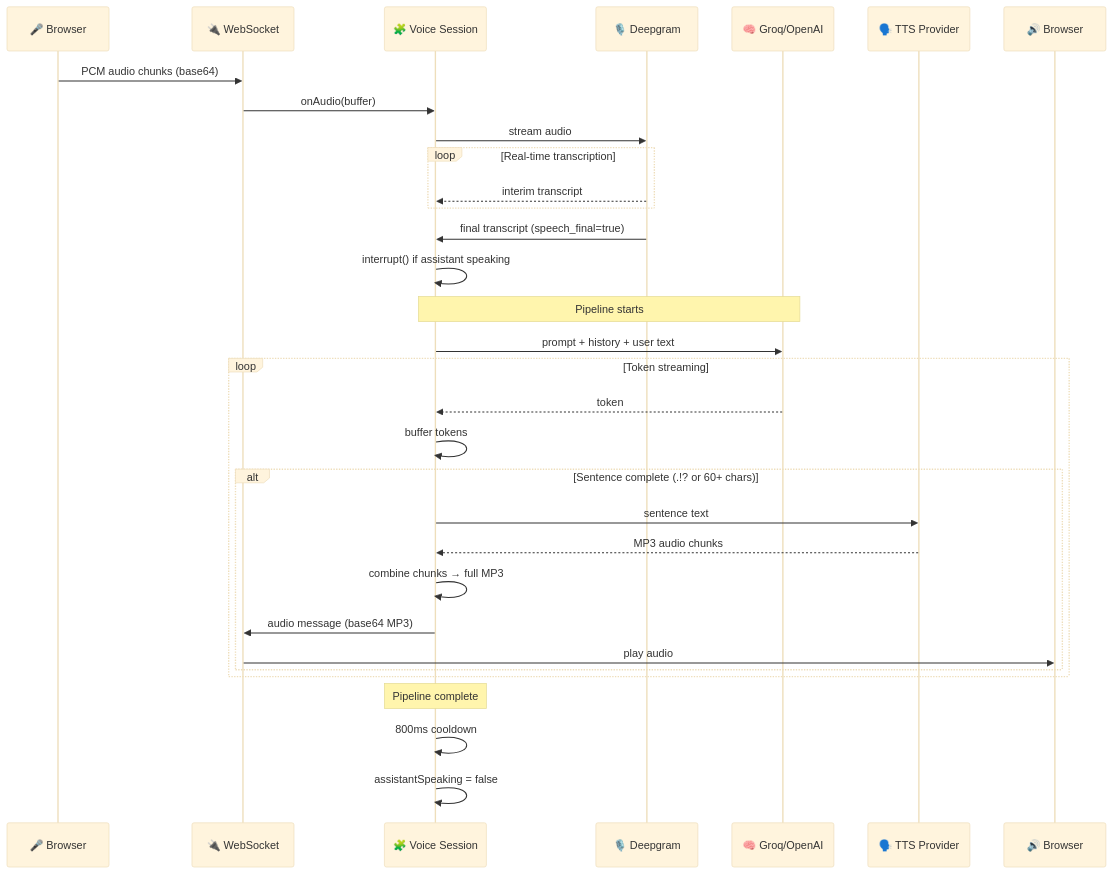
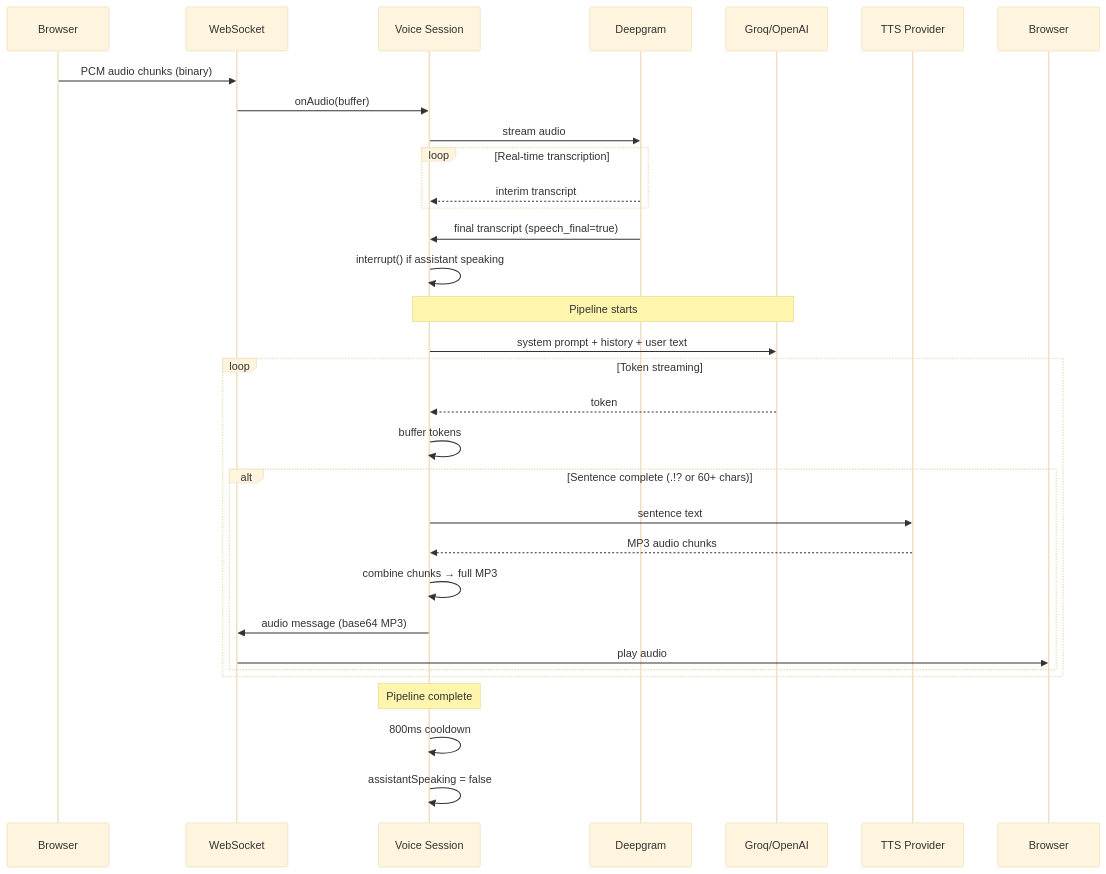
Before and after one commit to xettri/voicex: the fourth of 9 diagrams in docs/src/architecture.md, drawn with Mermaid (base theme). The commit also changed other lines of this file and 48 other files, not shown here.

````diff
--- a/docs/src/architecture.md
+++ b/docs/src/architecture.md
@@ -91,42 +213,42 @@
 ```mermaid
 sequenceDiagram
-    participant User as 🎤 Browser
-    participant WS as 🔌 WebSocket
-    participant Session as 🧩 Voice Session
-    participant STT as 🎙️ Deepgram
-    participant LLM as 🧠 Groq/OpenAI
-    participant TTS as 🗣️ TTS Provider
-    participant Speaker as 🔊 Browser
+    participant User as Browser
+    participant WS as WebSocket
+    participant Session as Voice Session
+    participant STT as Deepgram
+    participant LLM as Groq/OpenAI
+    participant TTS as TTS Provider
+    participant Speaker as Browser
 
-    User->>WS: PCM audio chunks (base64)
+    User->>WS: PCM audio chunks (binary)
     WS->>Session: onAudio(buffer)
     Session->>STT: stream audio
 
     loop Real-time transcription
         STT-->>Session: interim transcript
     end
 
     STT->>Session: final transcript (speech_final=true)
     Session->>Session: interrupt() if assistant speaking
 
     Note over Session,LLM: Pipeline starts
 
-    Session->>LLM: prompt + history + user text
+    Session->>LLM: system prompt + history + user text
 
     loop Token streaming
         LLM-->>Session: token
         Session->>Session: buffer tokens
 
         alt Sentence complete (.!? or 60+ chars)
             Session->>TTS: sentence text
             TTS-->>Session: MP3 audio chunks
             Session->>Session: combine chunks → full MP3
             Session->>WS: audio message (base64 MP3)
             WS->>Speaker: play audio
         end
     end
 
     Note over Session: Pipeline complete
     Session->>Session: 800ms cooldown
     Session->>Session: assistantSpeaking = false
 ```
````
